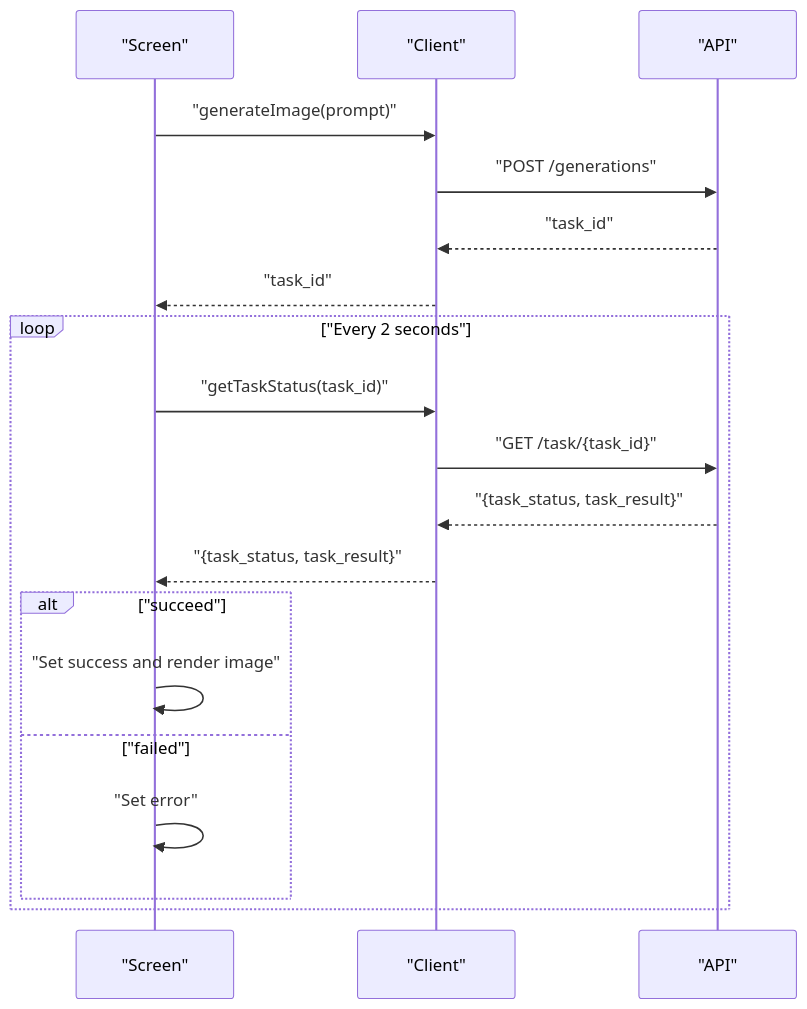
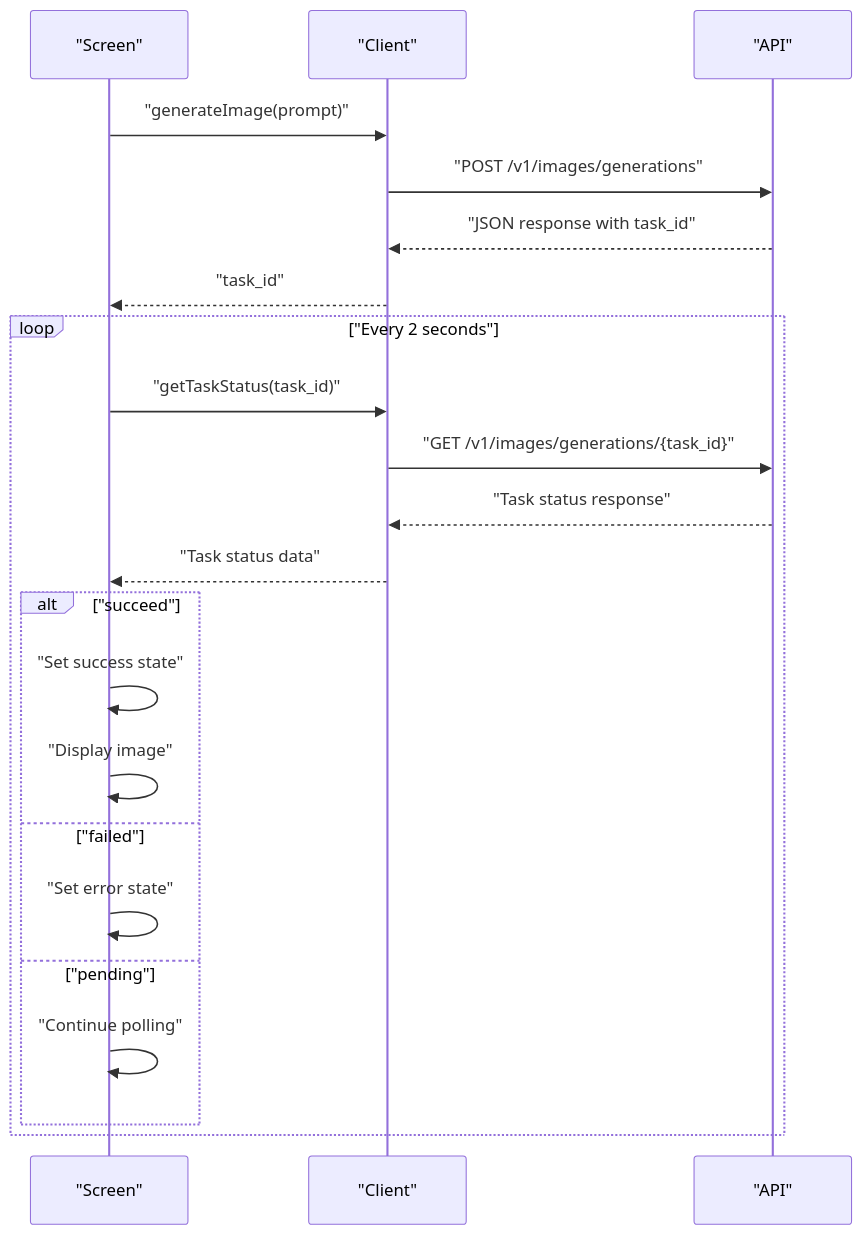
The fifth of 7 diagrams in .qoder/repowiki/en/content/Core Features/Core Features.md (cripnail/kling_app), drawn with Mermaid before and after one commit. The commit also changed other lines of this file and 15 other files, not shown here.

````diff
--- a/.qoder/repowiki/en/content/Core Features/Core Features.md
+++ b/.qoder/repowiki/en/content/Core Features/Core Features.md
@@ -169,21 +210,24 @@
 ```mermaid
 sequenceDiagram
 participant S as "Screen"
 participant C as "Client"
 participant A as "API"
 S->>C : "generateImage(prompt)"
-C->>A : "POST /generations"
-A-->>C : "task_id"
+C->>A : "POST /v1/images/generations"
+A-->>C : "JSON response with task_id"
 C-->>S : "task_id"
 loop "Every 2 seconds"
 S->>C : "getTaskStatus(task_id)"
-C->>A : "GET /task/{task_id}"
-A-->>C : "{task_status, task_result}"
-C-->>S : "{task_status, task_result}"
+C->>A : "GET /v1/images/generations/{task_id}"
+A-->>C : "Task status response"
+C-->>S : "Task status data"
 alt "succeed"
-S->>S : "Set success and render image"
+S->>S : "Set success state"
+S->>S : "Display image"
 else "failed"
-S->>S : "Set error"
+S->>S : "Set error state"
+else "pending"
+S->>S : "Continue polling"
 end
 end
 ```
````
